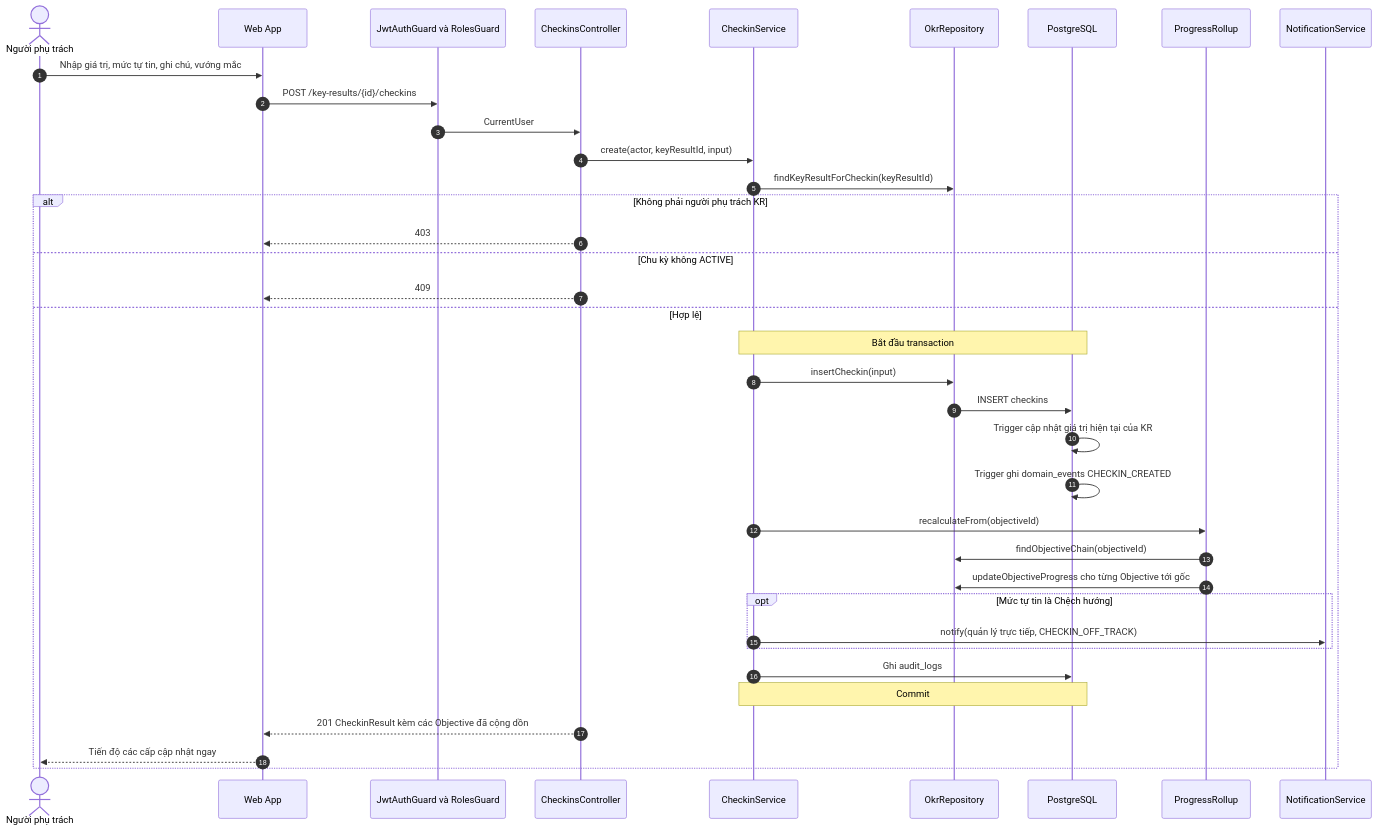
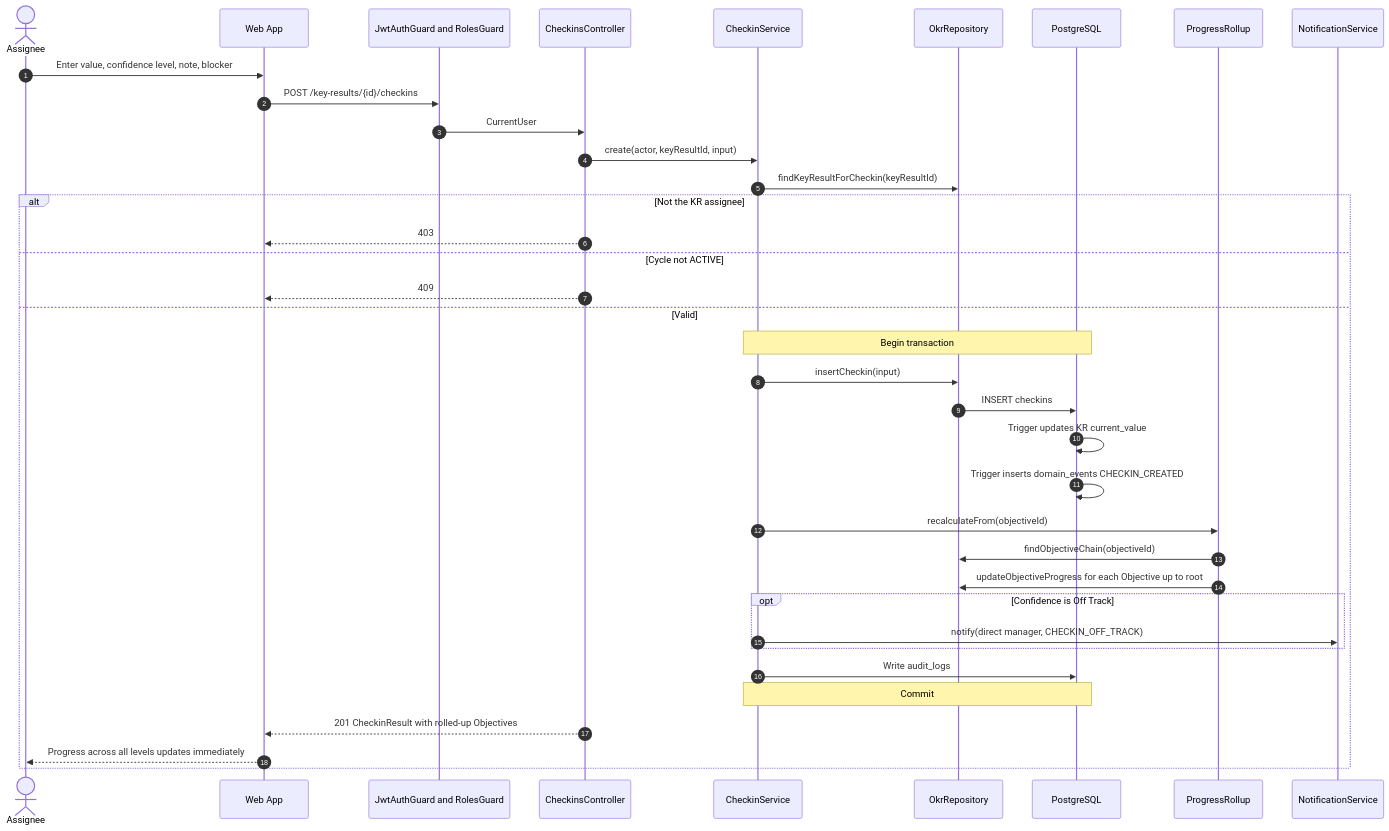
Diagram 12 of 32 in docs/architecture/sequence-diagrams.md (Akaza-ban/OCK-360), drawn with Mermaid before and after one commit. The commit also changed other lines of this file and 24 other files, not shown here.

````diff
--- a/docs/architecture/sequence-diagrams.md
+++ b/docs/architecture/sequence-diagrams.md
@@ -443,40 +443,40 @@
 ```mermaid
 sequenceDiagram
     autonumber
-    actor U as Người phụ trách
+    actor U as Assignee
     participant W as Web App
-    participant G as JwtAuthGuard và RolesGuard
+    participant G as JwtAuthGuard and RolesGuard
     participant C as CheckinsController
     participant S as CheckinService
     participant R as OkrRepository
     participant DB as PostgreSQL
     participant P as ProgressRollup
     participant N as NotificationService
 
-    U->>W: Nhập giá trị, mức tự tin, ghi chú, vướng mắc
+    U->>W: Enter value, confidence level, note, blocker
     W->>G: POST /key-results/{id}/checkins
     G->>C: CurrentUser
     C->>S: create(actor, keyResultId, input)
     S->>R: findKeyResultForCheckin(keyResultId)
-    alt Không phải người phụ trách KR
+    alt Not the KR assignee
         C-->>W: 403
-    else Chu kỳ không ACTIVE
+    else Cycle not ACTIVE
         C-->>W: 409
-    else Hợp lệ
-        Note over S,DB: Bắt đầu transaction
+    else Valid
+        Note over S,DB: Begin transaction
         S->>R: insertCheckin(input)
         R->>DB: INSERT checkins
-        DB->>DB: Trigger cập nhật giá trị hiện tại của KR
-        DB->>DB: Trigger ghi domain_events CHECKIN_CREATED
+        DB->>DB: Trigger updates KR current_value
+        DB->>DB: Trigger inserts domain_events CHECKIN_CREATED
         S->>P: recalculateFrom(objectiveId)
         P->>R: findObjectiveChain(objectiveId)
-        P->>R: updateObjectiveProgress cho từng Objective tới gốc
-        opt Mức tự tin là Chệch hướng
-            S->>N: notify(quản lý trực tiếp, CHECKIN_OFF_TRACK)
+        P->>R: updateObjectiveProgress for each Objective up to root
+        opt Confidence is Off Track
+            S->>N: notify(direct manager, CHECKIN_OFF_TRACK)
         end
-        S->>DB: Ghi audit_logs
+        S->>DB: Write audit_logs
         Note over S,DB: Commit
-        C-->>W: 201 CheckinResult kèm các Objective đã cộng dồn
-        W-->>U: Tiến độ các cấp cập nhật ngay
+        C-->>W: 201 CheckinResult with rolled-up Objectives
+        W-->>U: Progress across all levels updates immediately
     end
 ```
````
